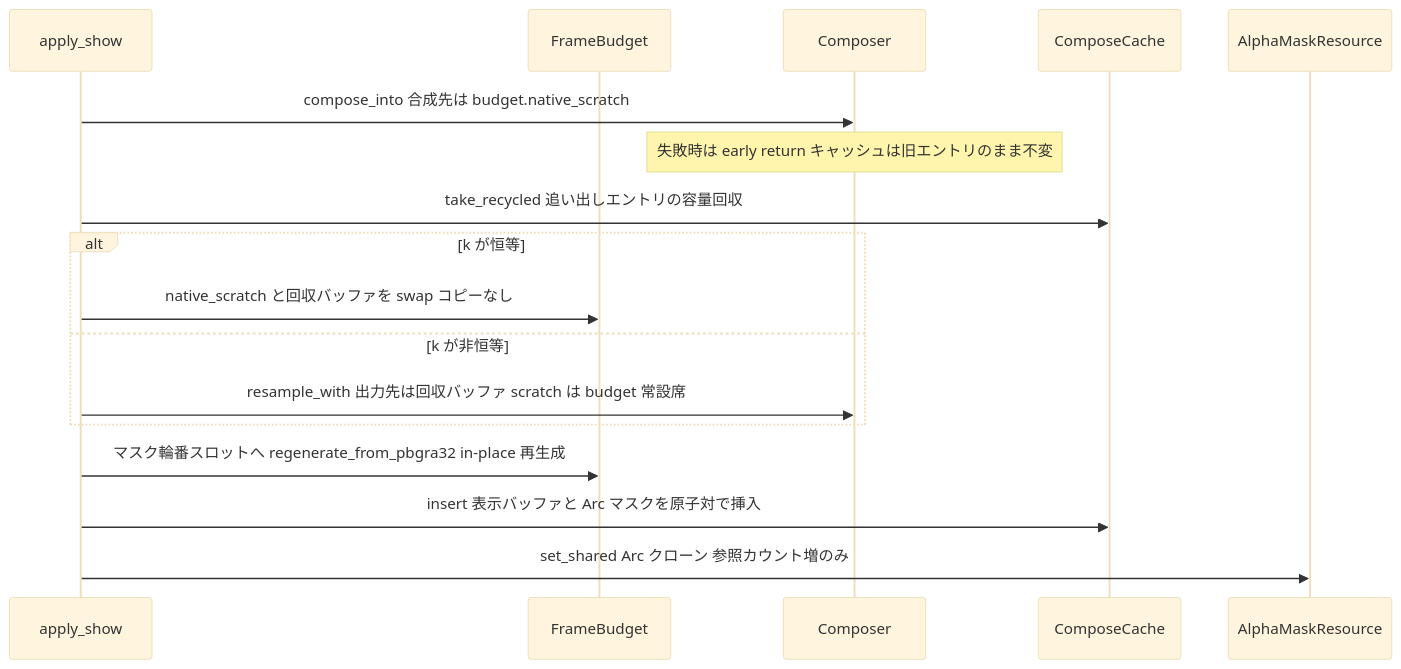
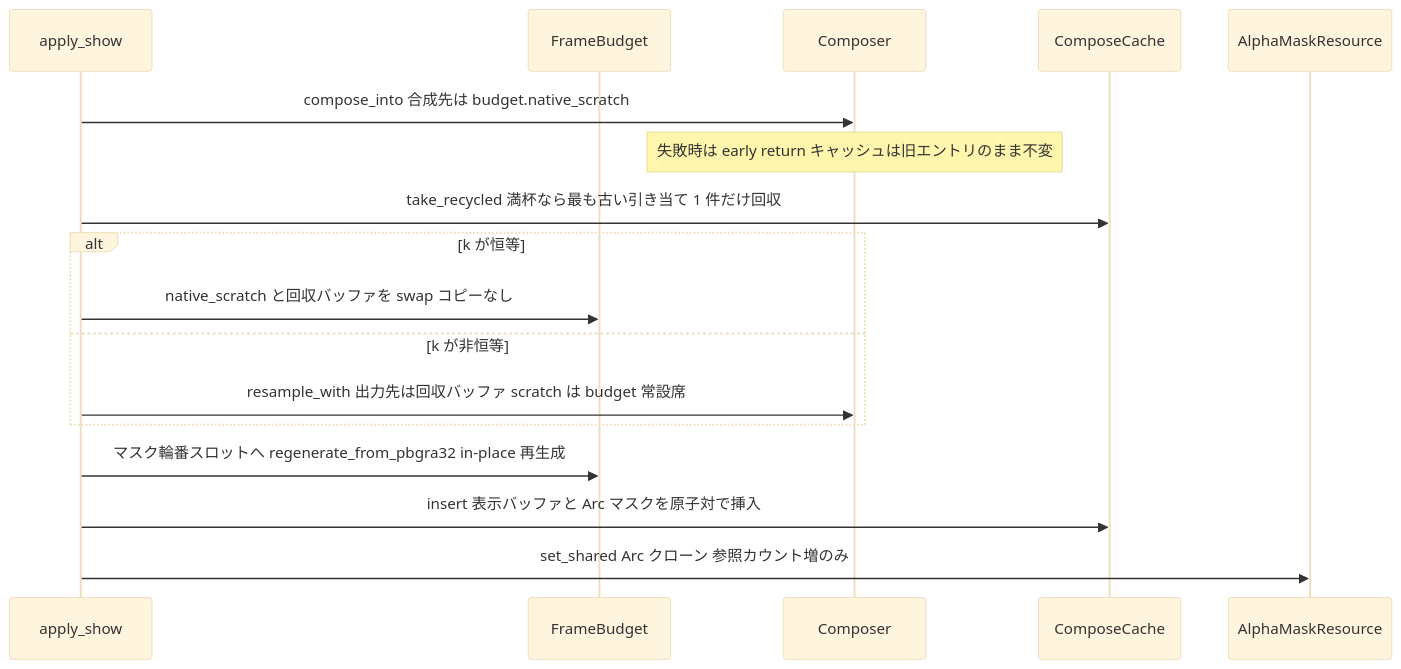
The third of 3 diagrams in .kiro/specs/areka-P0-recompose-budget/design.md (ekicyou/areka), drawn with Mermaid (base theme) before and after one commit. The commit also changed other lines of this file and 26 other files, not shown here.

````diff
--- a/.kiro/specs/areka-P0-recompose-budget/design.md
+++ b/.kiro/specs/areka-P0-recompose-budget/design.md
@@ -198,20 +200,20 @@
 ```mermaid
 sequenceDiagram
     participant Show as apply_show
     participant Budget as FrameBudget
     participant Compose as Composer
     participant Cache as ComposeCache
     participant Mask as AlphaMaskResource
 
     Show->>Compose: compose_into 合成先は budget.native_scratch
     Note over Compose: 失敗時は early return キャッシュは旧エントリのまま不変
-    Show->>Cache: take_recycled 追い出しエントリの容量回収
+    Show->>Cache: take_recycled 満杯なら最も古い引き当て 1 件だけ回収
     alt k が恒等
         Show->>Budget: native_scratch と回収バッファを swap コピーなし
     else k が非恒等
         Show->>Compose: resample_with 出力先は回収バッファ scratch は budget 常設席
     end
     Show->>Budget: マスク輪番スロットへ regenerate_from_pbgra32 in-place 再生成
     Show->>Cache: insert 表示バッファと Arc マスクを原子対で挿入
     Show->>Mask: set_shared Arc クローン 参照カウント増のみ
 ```
````
